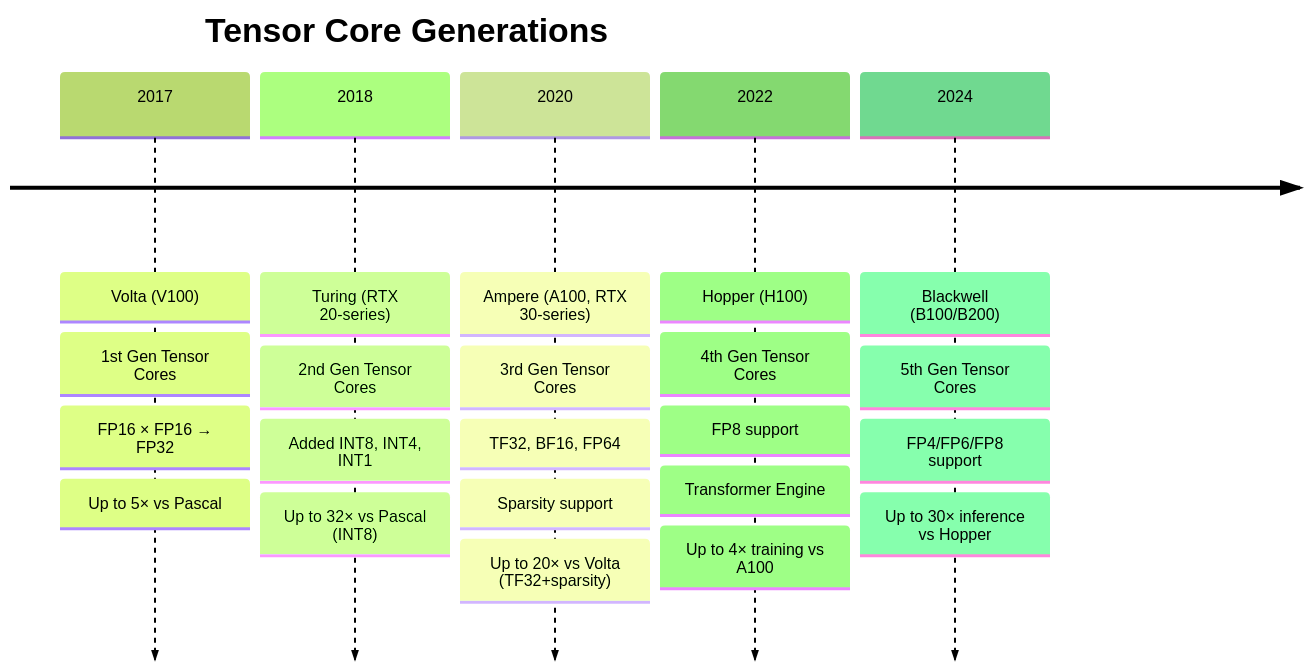
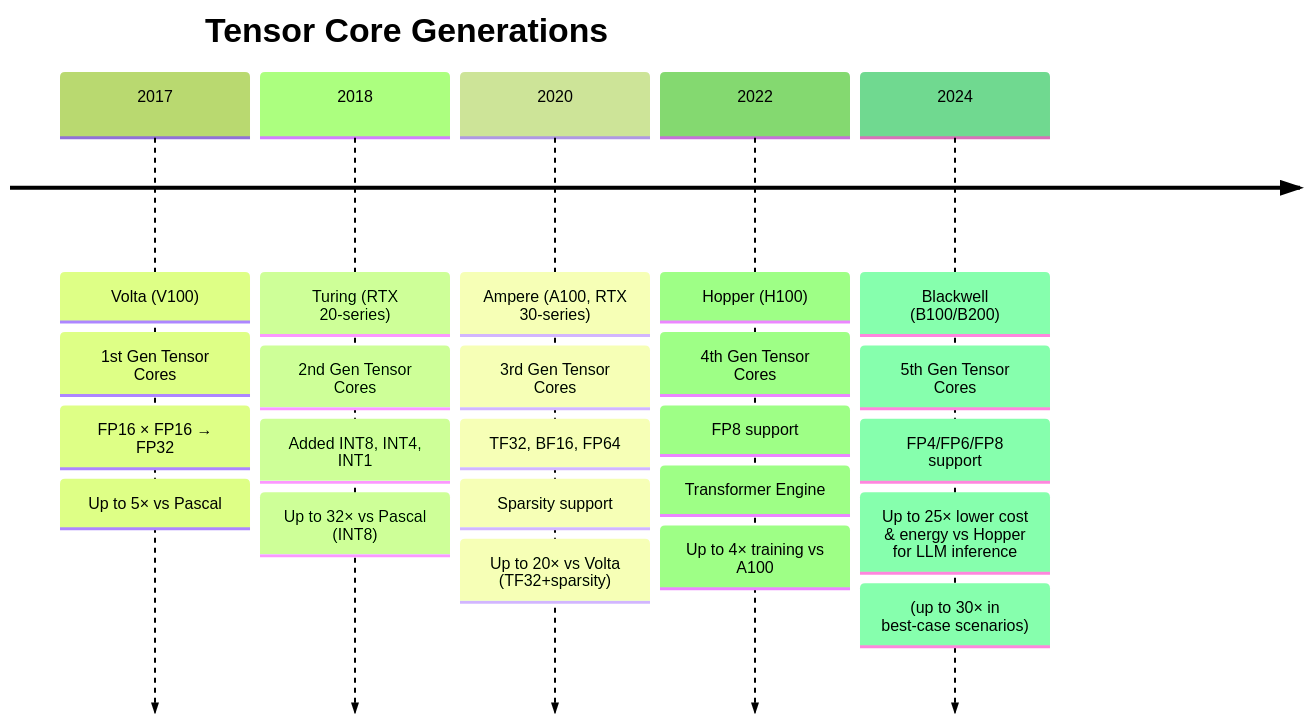
One commit to gsantopaolo/gsantopaolo.github.io changed the second of 3 diagrams in _posts/2025/2025-12-03-Why-GPUs-Love-Tensors-Understanding-Tensor-Cores.md. Above: the diagram before and after it, drawn with Mermaid (forest theme). The commit also changed other lines of this file, not shown here.

````diff
--- a/_posts/2025/2025-12-03-Why-GPUs-Love-Tensors-Understanding-Tensor-Cores.md
+++ b/_posts/2025/2025-12-03-Why-GPUs-Love-Tensors-Understanding-Tensor-Cores.md
@@ -75,26 +75,27 @@
 ```mermaid
 timeline
     title Tensor Core Generations
     2017 : Volta (V100)
          : 1st Gen Tensor Cores
          : FP16 × FP16 → FP32
          : Up to 5× vs Pascal
     2018 : Turing (RTX 20-series)
          : 2nd Gen Tensor Cores
          : Added INT8, INT4, INT1
          : Up to 32× vs Pascal (INT8)
     2020 : Ampere (A100, RTX 30-series)
          : 3rd Gen Tensor Cores
          : TF32, BF16, FP64
          : Sparsity support
          : Up to 20× vs Volta (TF32+sparsity)
     2022 : Hopper (H100)
          : 4th Gen Tensor Cores
          : FP8 support
          : Transformer Engine
          : Up to 4× training vs A100
     2024 : Blackwell (B100/B200)
          : 5th Gen Tensor Cores
          : FP4/FP6/FP8 support
-         : Up to 30× inference vs Hopper
+         : Up to 25× lower cost & energy vs Hopper for LLM inference
+         : (up to 30× in best-case scenarios)
 ```
````
